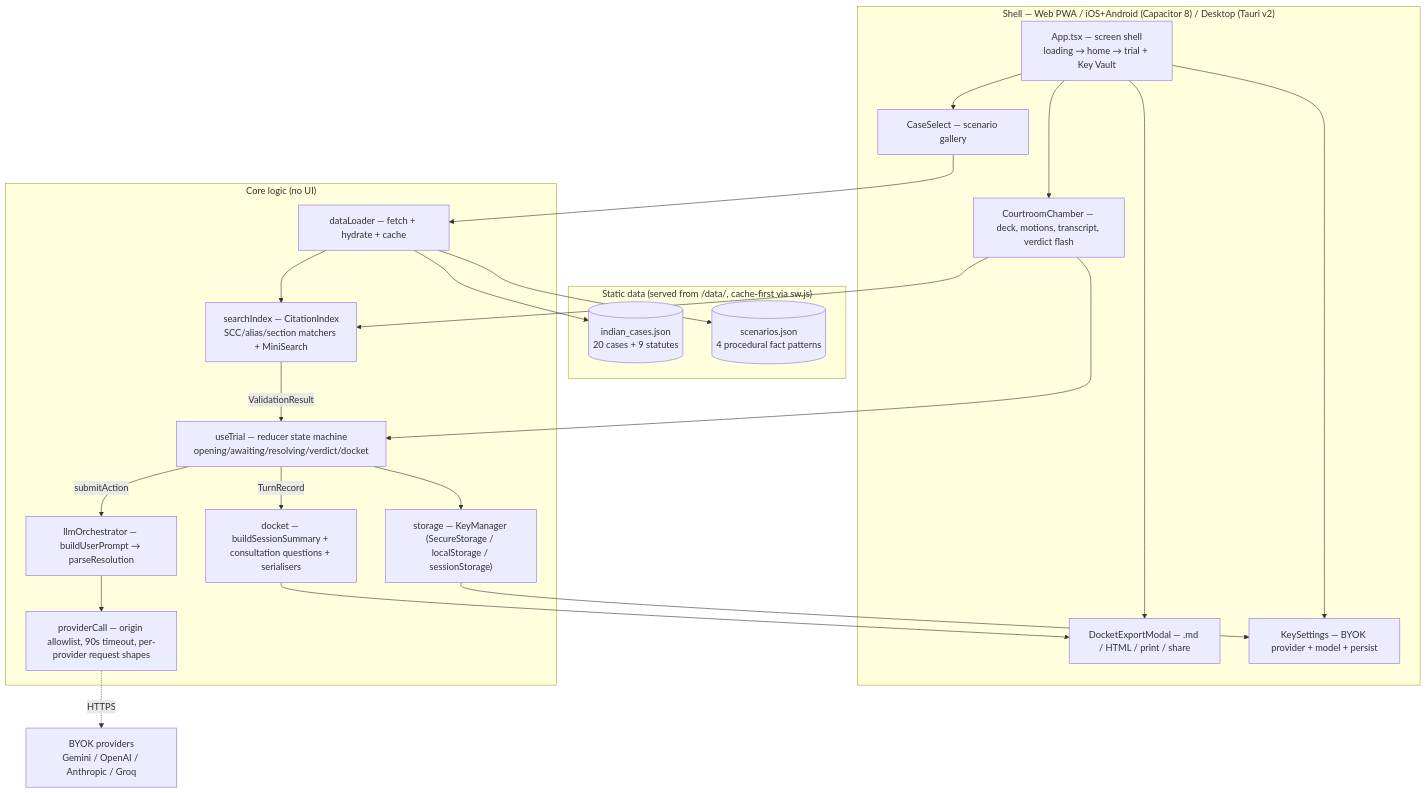
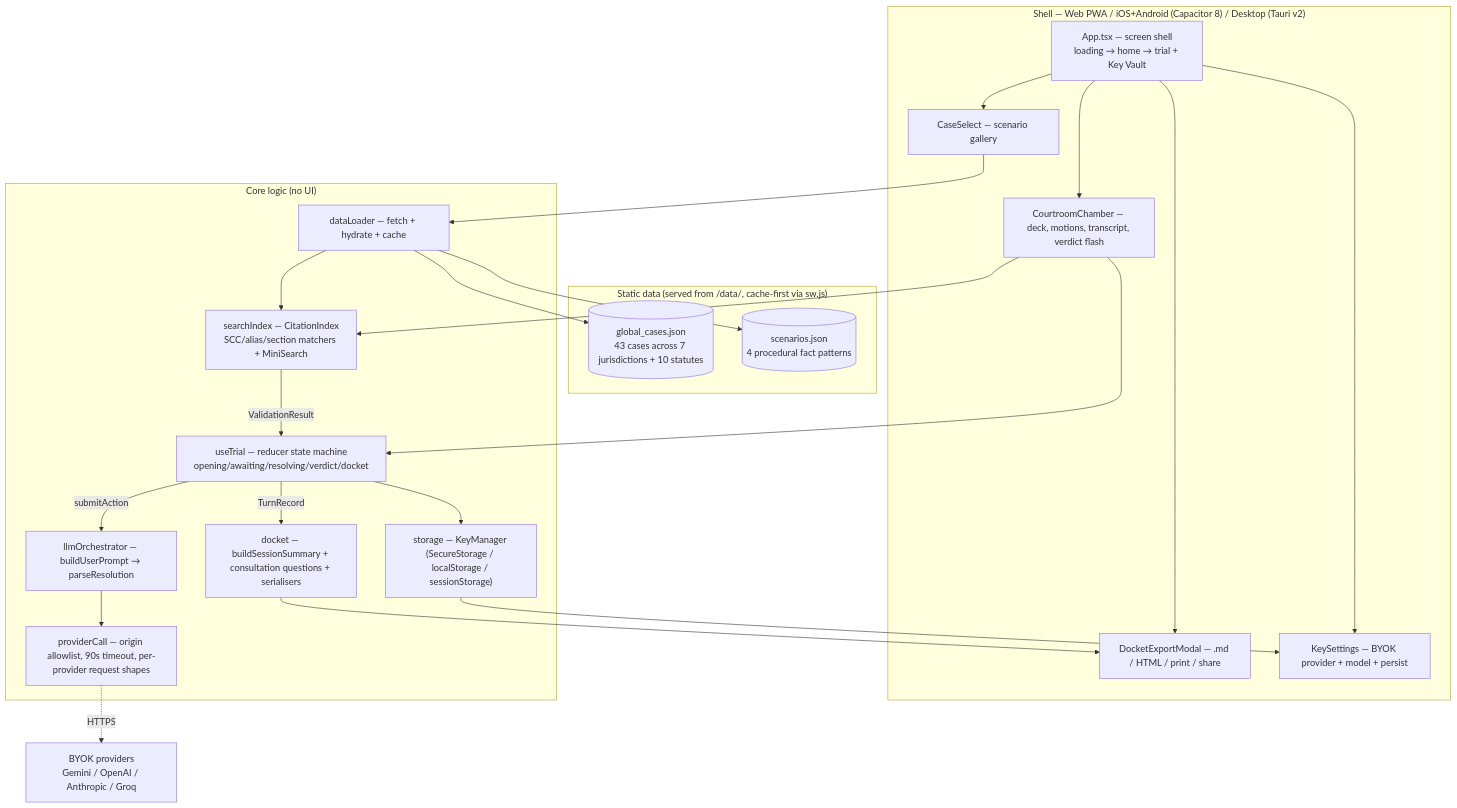
Before and after one commit to z99wE/overruled: the first of 2 diagrams in README.md, drawn with Mermaid. The commit also changed other lines of this file and 76 other files, not shown here.

````diff
--- a/README.md
+++ b/README.md
@@ -72,46 +72,46 @@
 ```mermaid
 flowchart TD
     subgraph shell["Shell — Web PWA / iOS+Android (Capacitor 8) / Desktop (Tauri v2)"]
         App["App.tsx — screen shell<br/>loading → home → trial + Key Vault"]
         CaseSelect["CaseSelect — scenario gallery"]
         Chamber["CourtroomChamber — deck, motions, transcript, verdict flash"]
         DocketUI["DocketExportModal — .md / HTML / print / share"]
         KeyUI["KeySettings — BYOK provider + model + persist"]
     end
 
     subgraph data["Static data (served from /data/, cache-first via sw.js)"]
-        Corpus[("indian_cases.json<br/>20 cases + 9 statutes")]
+        Corpus[("global_cases.json<br/>43 cases across 7 jurisdictions + 10 statutes")]
         Scenarios[("scenarios.json<br/>4 procedural fact patterns")]
     end
 
     subgraph core["Core logic (no UI)"]
         Loader["dataLoader — fetch + hydrate + cache"]
         Index["searchIndex — CitationIndex<br/>SCC/alias/section matchers + MiniSearch"]
         Store["storage — KeyManager (SecureStorage / localStorage / sessionStorage)"]
         Trial["useTrial — reducer state machine<br/>opening/awaiting/resolving/verdict/docket"]
         Orchestrator["llmOrchestrator — buildUserPrompt → parseResolution"]
         Provider["providerCall — origin allowlist, 90s timeout, per-provider request shapes"]
         Docket["docket — buildSessionSummary + consultation questions + serialisers"]
     end
 
     Providers["BYOK providers<br/>Gemini / OpenAI / Anthropic / Groq"]
 
     App --> CaseSelect
     App --> Chamber
     App --> DocketUI
     App --> KeyUI
     CaseSelect --> Loader
     Loader --> Corpus
     Loader --> Scenarios
     Loader --> Index
     Chamber --> Trial
     Trial --> Store
     Store --> KeyUI
     Chamber --> Index
     Index -->|ValidationResult| Trial
     Trial -->|submitAction| Orchestrator
     Orchestrator --> Provider
     Provider -. HTTPS .-> Providers
     Trial -->|TurnRecord| Docket
     Docket --> DocketUI
 ```
````
